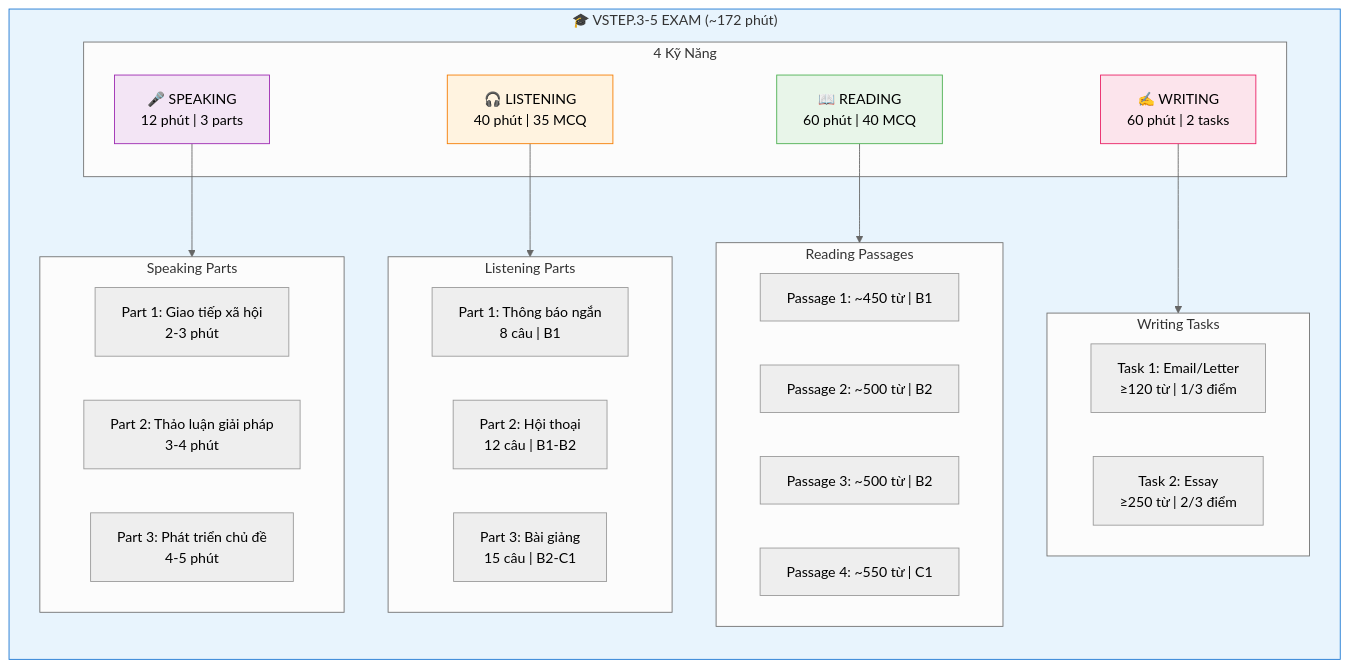
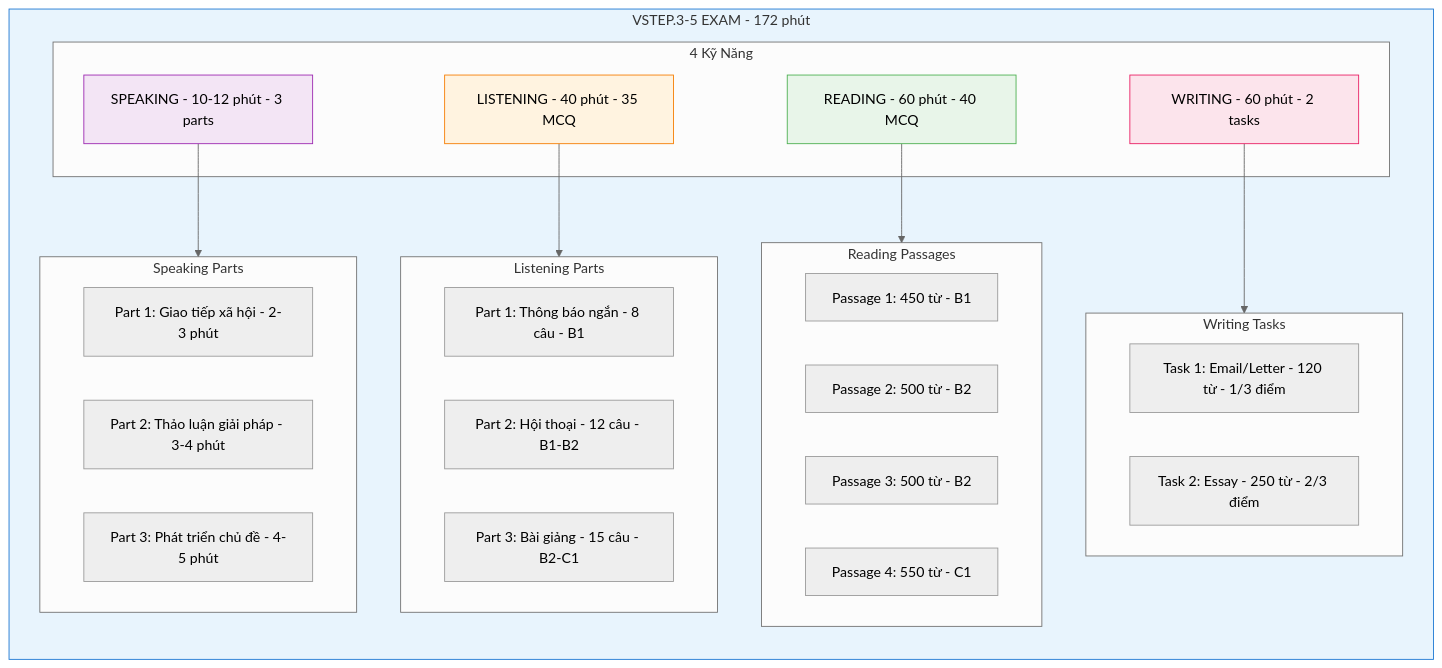
The diagram in docs/00-overview/exam-structure.md (nghyane/VSTEP), drawn with Mermaid (neutral theme) before and after one commit. The commit also changed other lines of this file and 3 other files, not shown here.

First line of the commit message:
Fix docs: chuẩn hóa format theo nguồn chính thức, sửa diagram

````diff
--- a/docs/00-overview/exam-structure.md
+++ b/docs/00-overview/exam-structure.md
@@ -75,48 +87,41 @@
 ```mermaid
 flowchart TB
-    subgraph VSTEP["🎓 VSTEP.3-5 EXAM (~172 phút)"]
+    subgraph VSTEP["VSTEP.3-5 EXAM - 172 phút"]
         direction TB
-        
         subgraph Skills["4 Kỹ Năng"]
-            L["🎧 LISTENING<br/>40 phút | 35 MCQ"]
-            R["📖 READING<br/>60 phút | 40 MCQ"]
-            W["✍️ WRITING<br/>60 phút | 2 tasks"]
-            S["🎤 SPEAKING<br/>12 phút | 3 parts"]
+            L["LISTENING - 40 phút - 35 MCQ"]
+            R["READING - 60 phút - 40 MCQ"]
+            W["WRITING - 60 phút - 2 tasks"]
+            S["SPEAKING - 10-12 phút - 3 parts"]
         end
-        
         subgraph LParts["Listening Parts"]
-            L1["Part 1: Thông báo ngắn<br/>8 câu | B1"]
-            L2["Part 2: Hội thoại<br/>12 câu | B1-B2"]
-            L3["Part 3: Bài giảng<br/>15 câu | B2-C1"]
+            L1["Part 1: Thông báo ngắn - 8 câu - B1"]
+            L2["Part 2: Hội thoại - 12 câu - B1-B2"]
+            L3["Part 3: Bài giảng - 15 câu - B2-C1"]
         end
-        
         subgraph RParts["Reading Passages"]
-            R1["Passage 1: ~450 từ | B1"]
-            R2["Passage 2: ~500 từ | B2"]
-            R3["Passage 3: ~500 từ | B2"]
-            R4["Passage 4: ~550 từ | C1"]
+            R1["Passage 1: 450 từ - B1"]
+            R2["Passage 2: 500 từ - B2"]
+            R3["Passage 3: 500 từ - B2"]
+            R4["Passage 4: 550 từ - C1"]
         end
-        
         subgraph WTasks["Writing Tasks"]
-            W1["Task 1: Email/Letter<br/>≥120 từ | 1/3 điểm"]
-            W2["Task 2: Essay<br/>≥250 từ | 2/3 điểm"]
+            W1["Task 1: Email/Letter - 120 từ - 1/3 điểm"]
+            W2["Task 2: Essay - 250 từ - 2/3 điểm"]
         end
-        
         subgraph SParts["Speaking Parts"]
-            S1["Part 1: Giao tiếp xã hội<br/>2-3 phút"]
-            S2["Part 2: Thảo luận giải pháp<br/>3-4 phút"]
-            S3["Part 3: Phát triển chủ đề<br/>4-5 phút"]
+            S1["Part 1: Giao tiếp xã hội - 2-3 phút"]
+            S2["Part 2: Thảo luận giải pháp - 3-4 phút"]
+            S3["Part 3: Phát triển chủ đề - 4-5 phút"]
         end
-        
         L --> LParts
         R --> RParts
         W --> WTasks
         S --> SParts
     end
-    
     style VSTEP fill:#e8f4fd,stroke:#1976d2
     style L fill:#fff3e0,stroke:#f57c00
     style R fill:#e8f5e9,stroke:#4caf50
     style W fill:#fce4ec,stroke:#e91e63
     style S fill:#f3e5f5,stroke:#9c27b0
 ```
````
